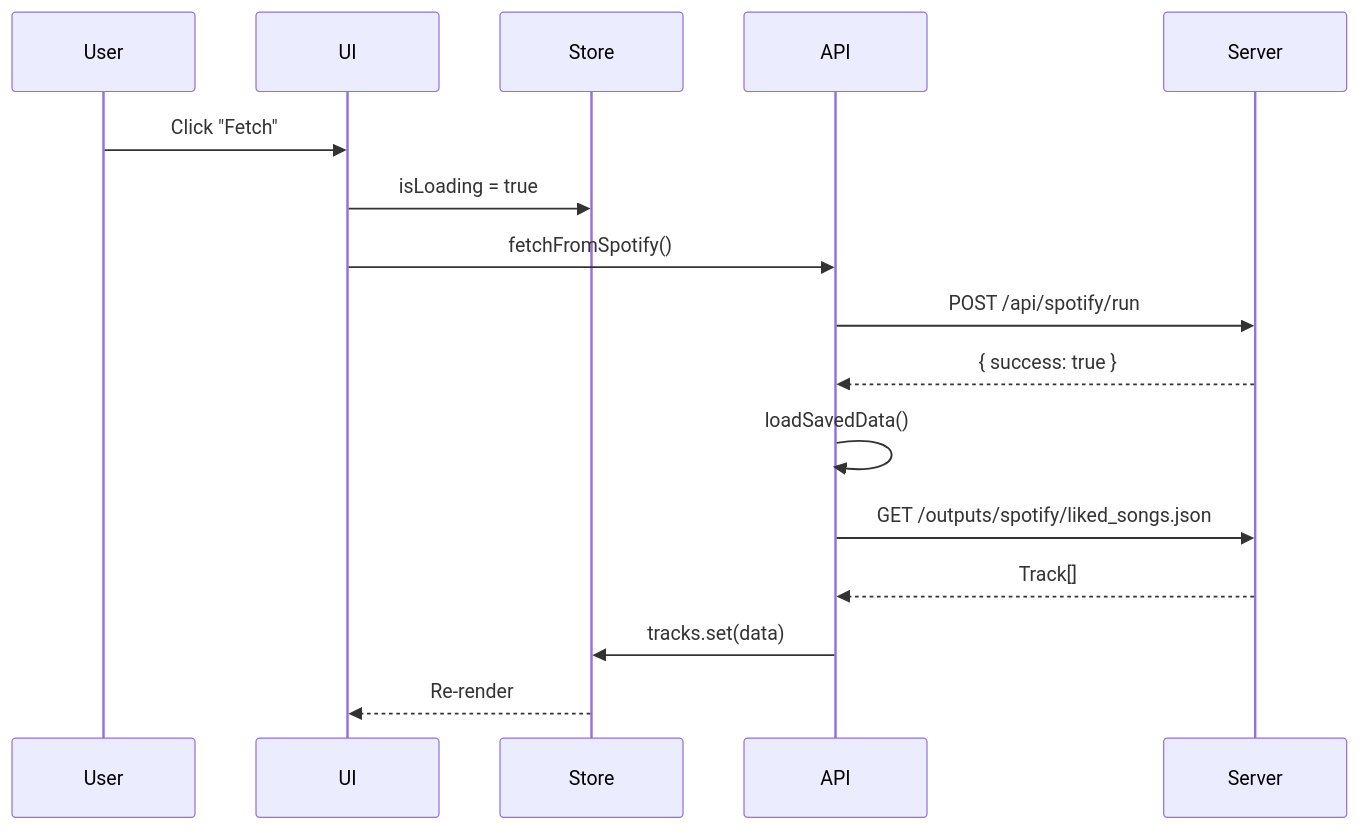
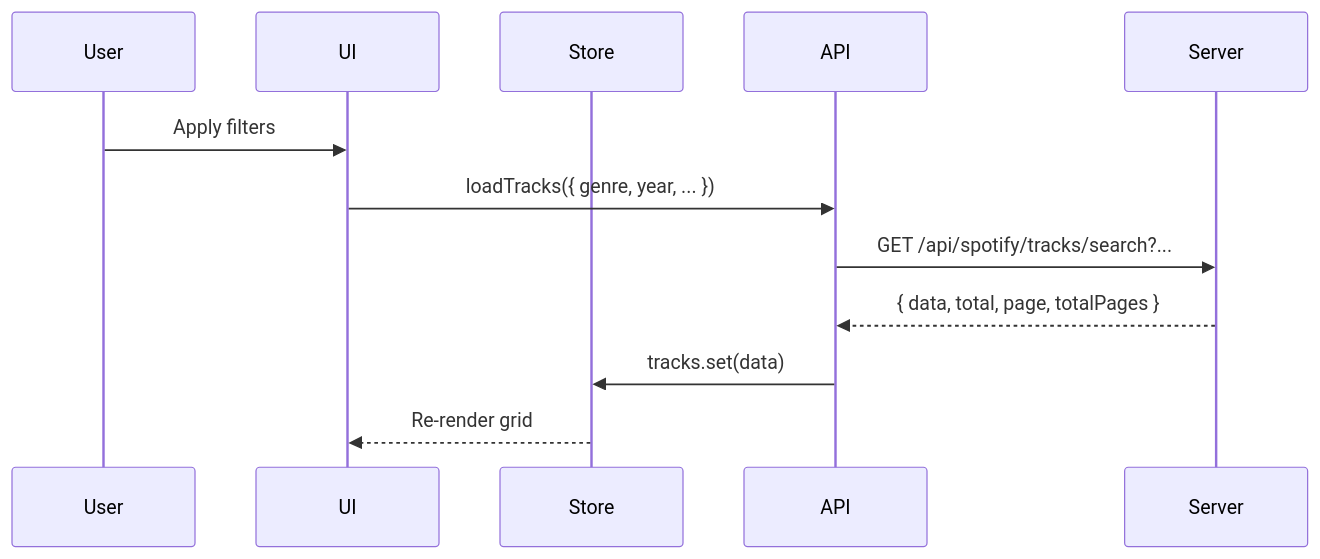
Before and after one commit to jorgesalica/flow-sample: the diagram in docs/architecture/ui.md, drawn with Mermaid. The commit also changed other lines of this file and 4 other files, not shown here.

Commit message:
docs: Split HISTORY.md into detailed UI and backend history files and add UI architecture documentation.

````diff
--- a/docs/architecture/ui.md
+++ b/docs/architecture/ui.md
@@ -56,19 +98,15 @@
 ```mermaid
 sequenceDiagram
     participant User
     participant UI
     participant Store
     participant API
     participant Server
 
-    User->>UI: Click "Fetch"
-    UI->>Store: isLoading = true
-    UI->>API: fetchFromSpotify()
-    API->>Server: POST /api/spotify/run
-    Server-->>API: { success: true }
-    API->>API: loadSavedData()
-    API->>Server: GET /outputs/spotify/liked_songs.json
-    Server-->>API: Track[]
+    User->>UI: Apply filters
+    UI->>API: loadTracks({ genre, year, ... })
+    API->>Server: GET /api/spotify/tracks/search?...
+    Server-->>API: { data, total, page, totalPages }
     API->>Store: tracks.set(data)
-    Store-->>UI: Re-render
+    Store-->>UI: Re-render grid
 ```
````
